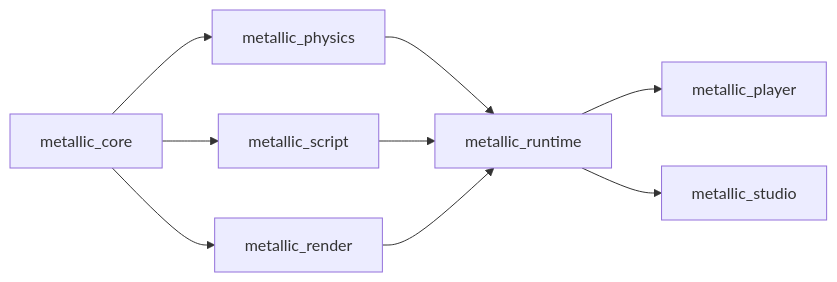
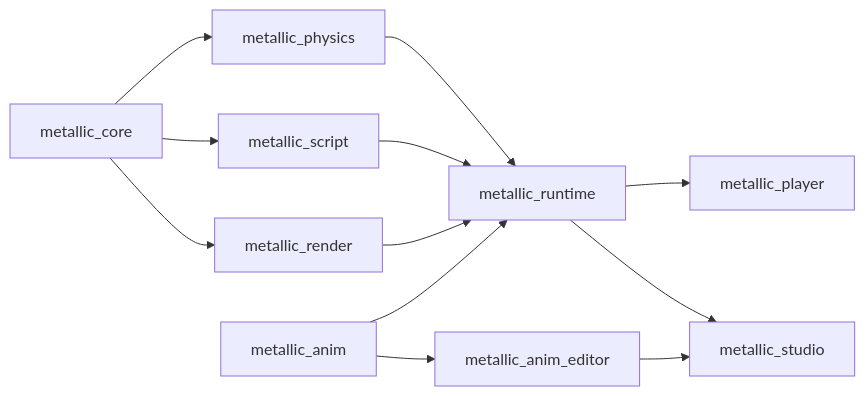
One commit to Metallic-Club/studio changed the diagram in ARCHITECTURE.md. Above: the diagram before and after it, drawn with Mermaid. The commit also changed other lines of this file and 43 other files, not shown here.

First line of the commit message:
Add metallic_anim crate and animation editor widgets (#40)

````diff
--- a/ARCHITECTURE.md
+++ b/ARCHITECTURE.md
@@ -6,11 +6,14 @@
 ```mermaid
 graph LR
   core[metallic_core] --> physics[metallic_physics]
   core --> script[metallic_script]
   core --> render[metallic_render]
   physics --> runtime[metallic_runtime]
   script --> runtime
   render --> runtime
   runtime --> player[metallic_player]
   runtime --> studio[metallic_studio]
+  anim[metallic_anim] --> runtime
+  anim --> animed[metallic_anim_editor]
+  animed --> studio
 ```
````
